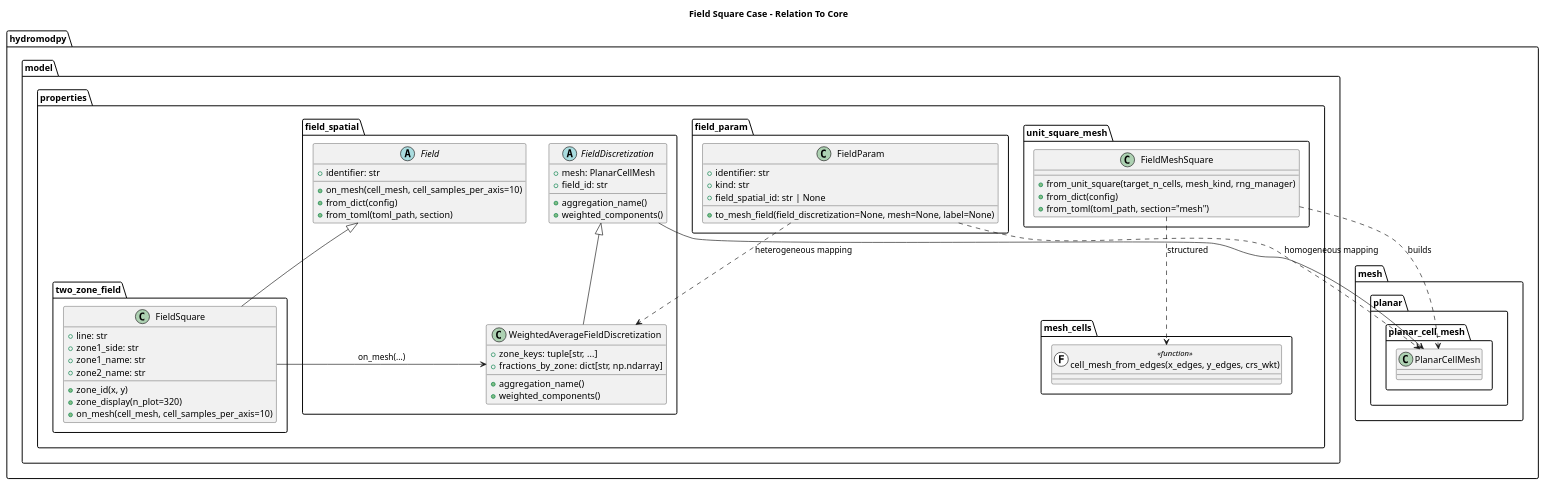
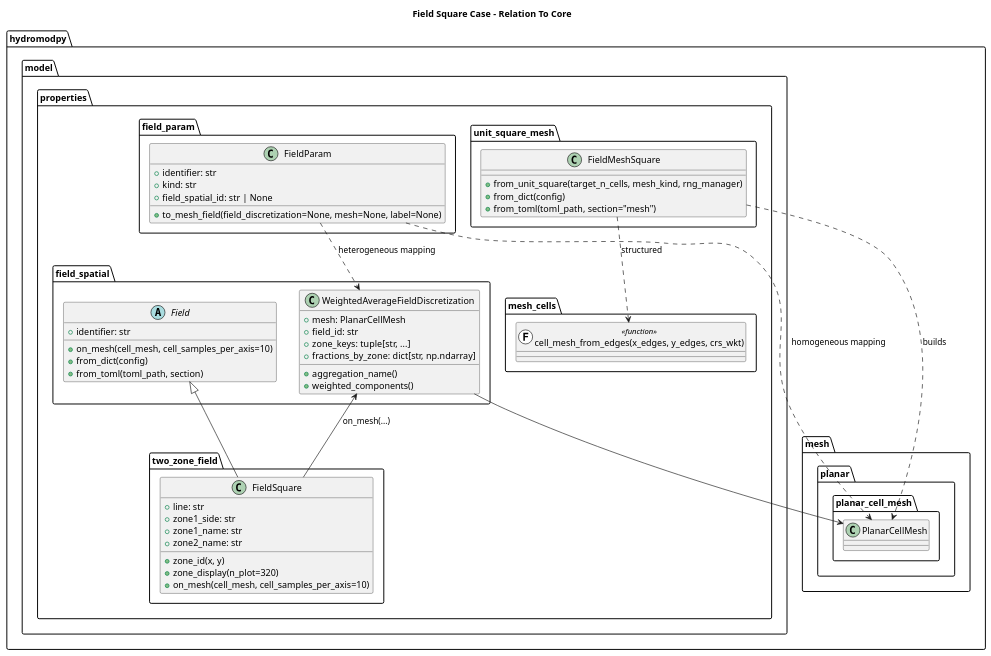
Before and after one commit to HydroModPy/HydroModPy: the diagram in docs/source/contribute/architecture/field/diagrams/field_spatial_cases_classes.wsd, drawn with PlantUML. The commit also changed 1458 other files, not shown here.

```diff
--- a/docs/source/contribute/architecture/field/diagrams/field_spatial_cases_classes.wsd
+++ b/docs/source/contribute/architecture/field/diagrams/field_spatial_cases_classes.wsd
@@ -1,78 +1,73 @@
 @startuml
 title Field Square Case - Relation To Core
 
 package "hydromodpy.mesh.planar.planar_cell_mesh" {
   class PlanarCellMesh
 }
 
 package "hydromodpy.model.properties.mesh_cells" {
   class "cell_mesh_from_edges(x_edges, y_edges, crs_wkt)" as cell_mesh_from_edges << (F,#FFFFFF) function >>
 }
 
 package "hydromodpy.model.properties.field_spatial" {
   abstract class Field {
     +identifier: str
     +on_mesh(cell_mesh, cell_samples_per_axis=10)
     +from_dict(config)
     +from_toml(toml_path, section)
   }
 
-  abstract class FieldDiscretization {
-    +mesh: PlanarCellMesh
-    +field_id: str
-    +aggregation_name()
-    +weighted_components()
-  }
 }
 
 package "hydromodpy.model.properties.field_spatial" {
   class WeightedAverageFieldDiscretization {
+    +mesh: PlanarCellMesh
+    +field_id: str
     +zone_keys: tuple[str, ...]
     +fractions_by_zone: dict[str, np.ndarray]
     +aggregation_name()
     +weighted_components()
   }
 }
 
 package "hydromodpy.model.properties.field_param" {
   class FieldParam {
     +identifier: str
     +kind: str
     +field_spatial_id: str | None
     +to_mesh_field(field_discretization=None, mesh=None, label=None)
   }
 }
 
 package "hydromodpy.model.properties.two_zone_field" {
   class FieldSquare {
     +line: str
     +zone1_side: str
     +zone1_name: str
     +zone2_name: str
     +zone_id(x, y)
     +zone_display(n_plot=320)
     +on_mesh(cell_mesh, cell_samples_per_axis=10)
   }
 }
 
 package "hydromodpy.model.properties.unit_square_mesh" {
   class FieldMeshSquare {
     +from_unit_square(target_n_cells, mesh_kind, rng_manager)
     +from_dict(config)
     +from_toml(toml_path, section="mesh")
   }
 }
 
 Field <|-- FieldSquare
-FieldDiscretization <|-- WeightedAverageFieldDiscretization
-FieldDiscretization --> PlanarCellMesh
+WeightedAverageFieldDiscretization --> PlanarCellMesh
 
 FieldSquare --> WeightedAverageFieldDiscretization : on_mesh(...)
 
 FieldMeshSquare ..> cell_mesh_from_edges : structured
 FieldMeshSquare ..> PlanarCellMesh : builds
 
 FieldParam ..> PlanarCellMesh : homogeneous mapping
 FieldParam ..> WeightedAverageFieldDiscretization : heterogeneous mapping
 
 @enduml
```
